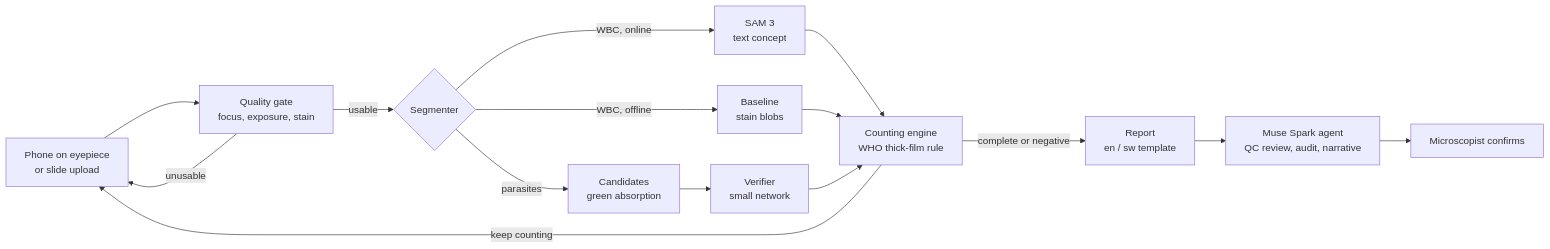
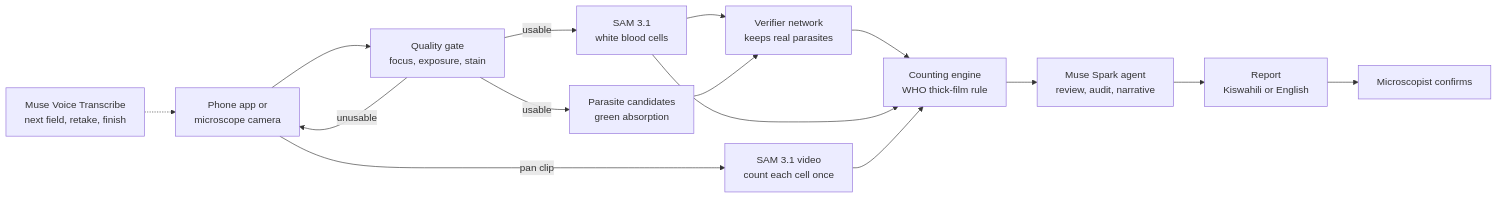
Before and after one commit to albertmwangwa/darubini: the diagram in README.md, drawn with Mermaid. The commit also changed other lines of this file and 9 other files, not shown here.

First line of the commit message:
feat: live microscope camera in the web app; vibrant README

````diff
--- a/README.md
+++ b/README.md
@@ -86,17 +73,17 @@
 ```mermaid
 flowchart LR
-    A[Phone on eyepiece<br/>or slide upload] --> B[Quality gate<br/>focus, exposure, stain]
+    A[Phone app or<br/>microscope camera] --> B[Quality gate<br/>focus, exposure, stain]
+    V[Muse Voice Transcribe<br/>next field, retake, finish] -.-> A
     B -- unusable --> A
-    B -- usable --> C{Segmenter}
-    C -->|WBC, online| D[SAM 3<br/>text concept]
-    C -->|WBC, offline| E[Baseline<br/>stain blobs]
-    C -->|parasites| V[Candidates<br/>green absorption]
-    V --> W[Verifier<br/>small network]
-    D --> F[Counting engine<br/>WHO thick-film rule]
-    E --> F
+    B -- usable --> W[SAM 3.1<br/>white blood cells]
+    B -- usable --> C[Parasite candidates<br/>green absorption]
+    W --> R[Verifier network<br/>keeps real parasites]
+    C --> R
+    A -- pan clip --> T[SAM 3.1 video<br/>count each cell once]
+    R --> F[Counting engine<br/>WHO thick-film rule]
     W --> F
-    F -- keep counting --> A
-    F -- complete or negative --> G[Report<br/>en / sw template]
-    G --> H[Muse Spark agent<br/>QC review, audit, narrative]
+    T --> F
+    F --> G[Muse Spark agent<br/>review, audit, narrative]
+    G --> H[Report<br/>Kiswahili or English]
     H --> I[Microscopist confirms]
 ```
````
